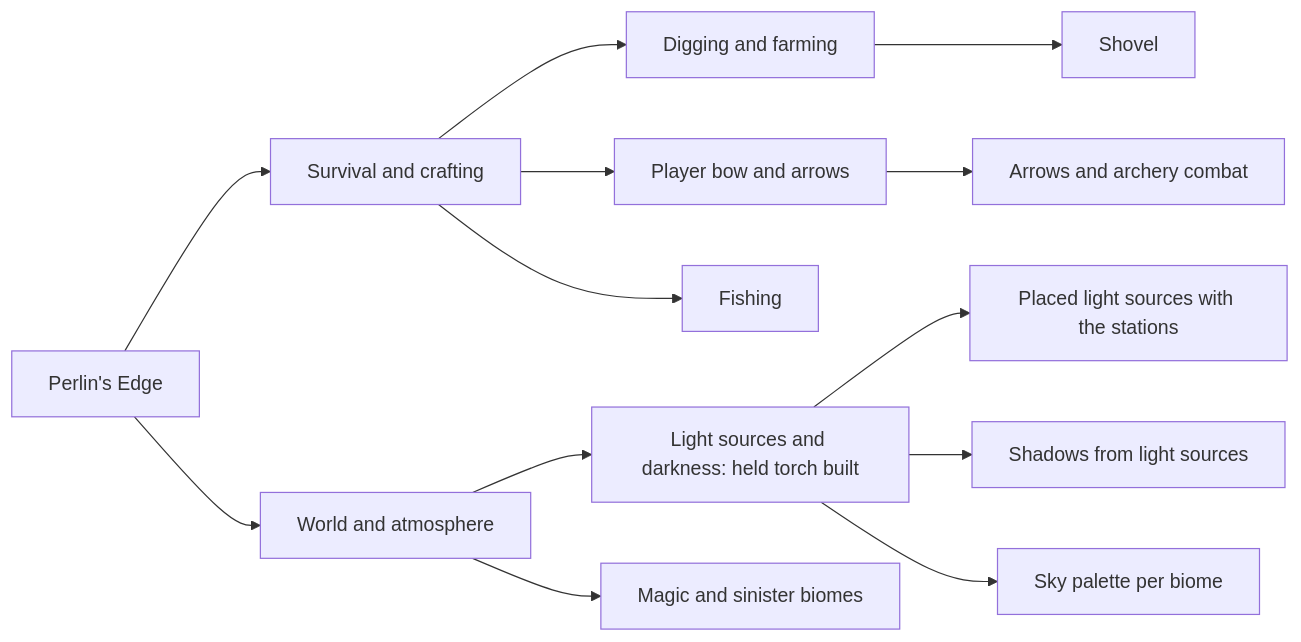
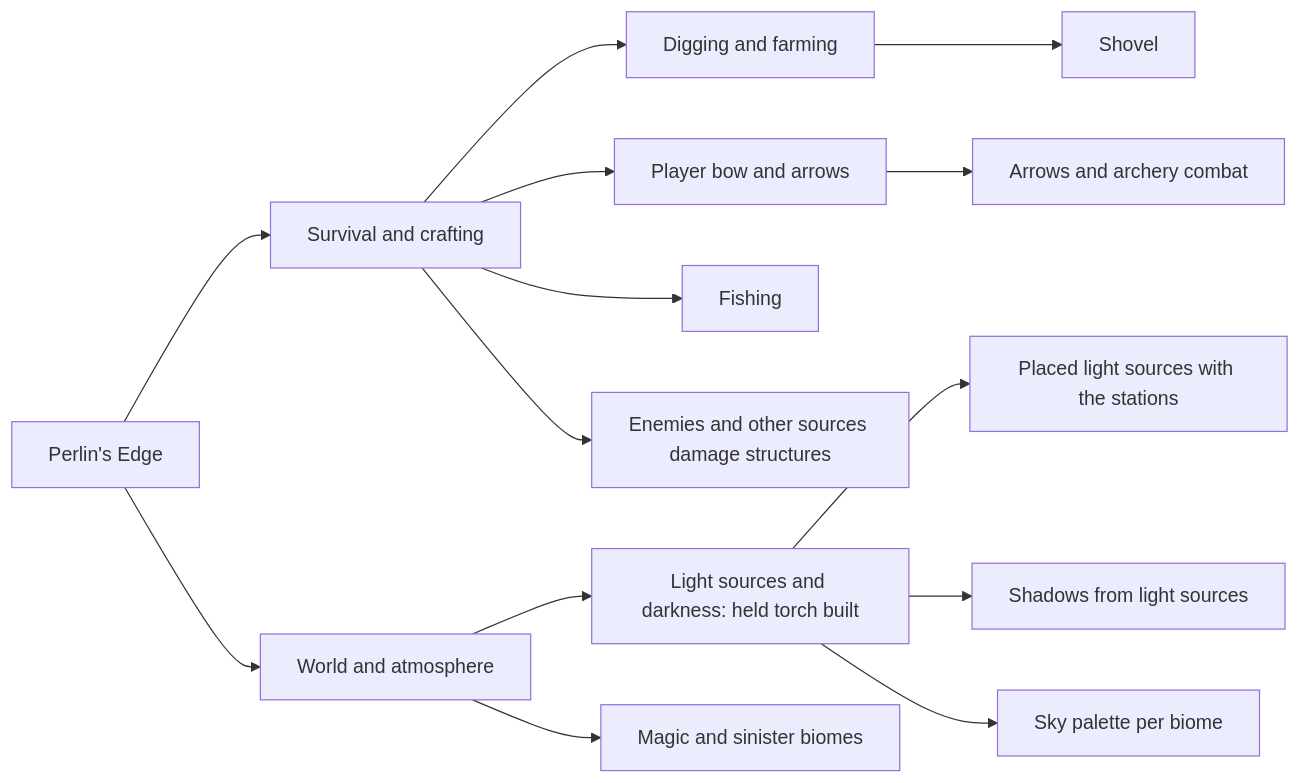
The diagram in docs/ROADMAP.md (kfeuerschvenger/perlinsedge), drawn with Mermaid before and after one commit. The commit also changed other lines of this file and 1 other file, not shown here.

Commit message:
docs: describe the hammer build mode and the damage to structures idea

````diff
--- a/docs/ROADMAP.md
+++ b/docs/ROADMAP.md
@@ -5,15 +5,16 @@
 ```mermaid
 flowchart LR
     game[Perlin's Edge] --> survival[Survival and crafting]
     game --> world[World and atmosphere]
     survival --> digging[Digging and farming]
     survival --> bow[Player bow and arrows]
     survival --> fishing[Fishing]
+    survival --> structures[Enemies and other sources damage structures]
     world --> lighting[Light sources and darkness: held torch built]
     world --> biomes[Magic and sinister biomes]
     digging --> shovel[Shovel]
     bow --> arrows[Arrows and archery combat]
     lighting --> placed[Placed light sources with the stations]
     lighting --> shadows[Shadows from light sources]
     lighting --> palettes[Sky palette per biome]
 ```
````
